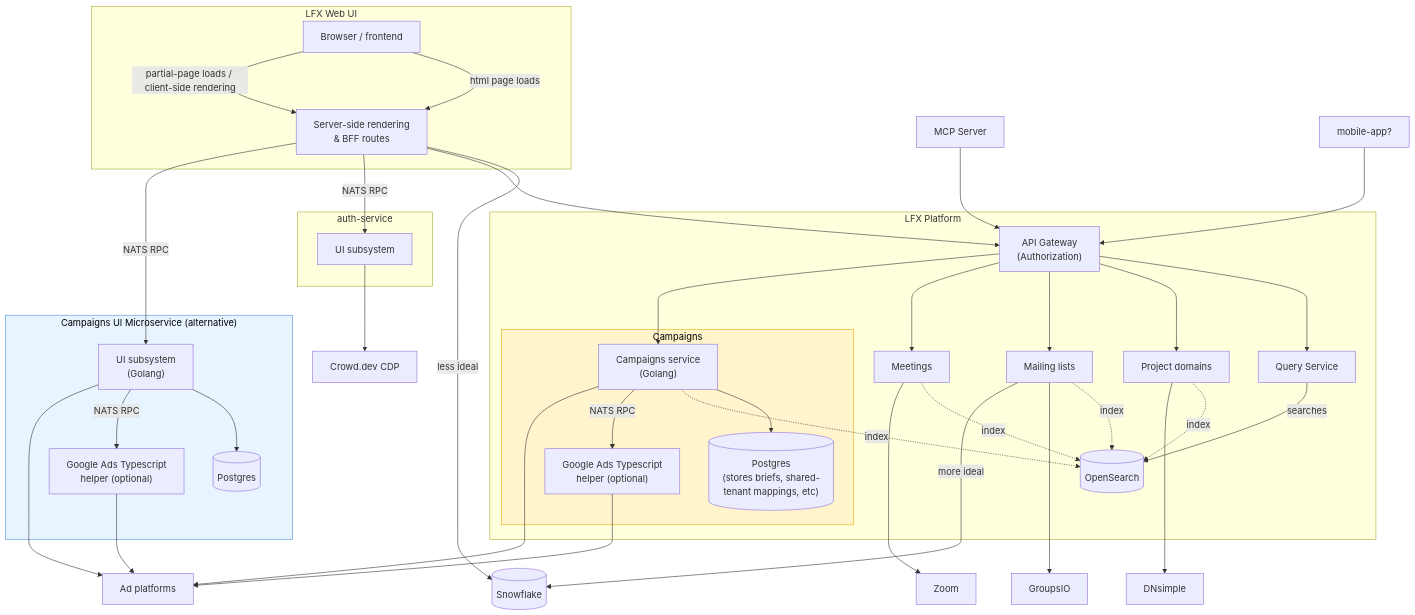
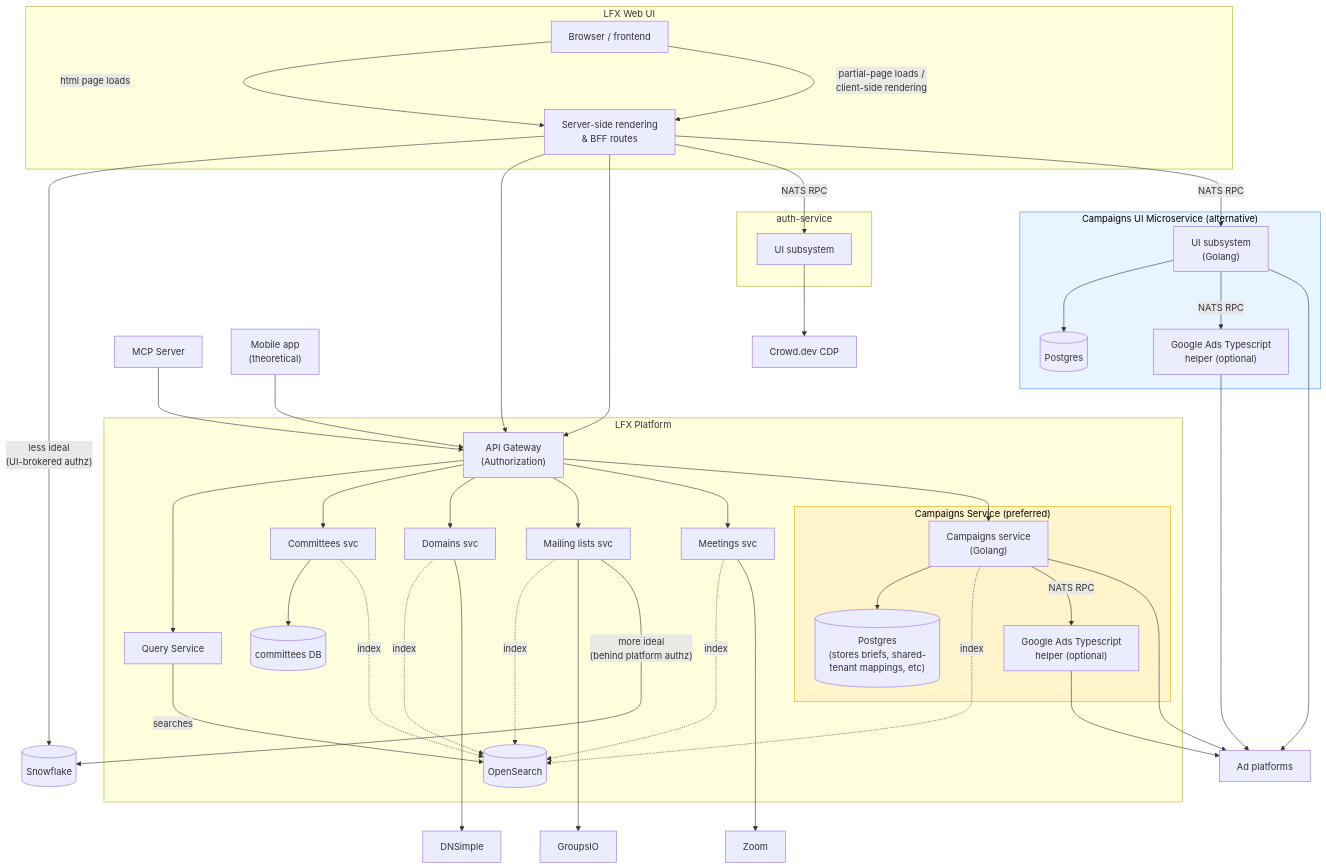
The first of 6 diagrams in docs/build-summary.md (linuxfoundation/lfx-v2-campaign-service), drawn with Mermaid before and after one commit. The commit also changed 1 other file, not shown here.

Commit message:
docs: align diagrams with Eric's gist and fix ER model
Match Mermaid diagrams exactly to Eric's gist (6464a2b):
- Add committees service + DB to platform diagram
- Fix node labels (DNSimple, "Domains svc", etc.)
- Add descriptive labels on Snowflake arrows
- Match arrow styles and lengths

Fix ER diagram FK direction: campaign_jobs dispatches
to campaign_executions (one job → many executions),
not the other way around.

Add microsoft-ads to channel_type enum and credential
table for consistency with channel-connections-schema.

Refs: LFXV2-2023

````diff
--- a/docs/build-summary.md
+++ b/docs/build-summary.md
@@ -18,31 +18,38 @@
         frontend["Browser / frontend"]
         ssr["Server-side rendering\n& BFF routes"]
         frontend -->|html page loads| ssr
-        frontend -->|partial-page loads / client-side rendering| ssr
+        frontend -->|"partial-page loads /<br />client-side rendering"| ssr
     end
 
     mcp[MCP Server]
-    mobile[mobile-app?]
+
+    mobile["Mobile app<br />(theoretical)"]
+
     snowflake[(Snowflake)]
 
-    ssr ----->|less ideal| snowflake
+    ssr -->|"less ideal<br />(UI-brokered authz)"| snowflake
 
     subgraph Platform[LFX Platform]
         api-gw["API Gateway\n(Authorization)"]
         querysvc[Query Service]
         opensearch[(OpenSearch)]
         api-gw --> querysvc -->|searches| opensearch
-        domains[Project domains]
-        lists[Mailing lists]
-        meetings[Meetings]
+        committees[Committees svc]
+        %% the committees DB is currently NATS KV but will move to Postgres
+        committees-db[(committees DB)]
+        committees --> committees-db
+        domains[Domains svc]
+        lists[Mailing lists svc]
+        meetings[Meetings svc]
+        api-gw --> committees
         api-gw --> domains
         api-gw --> lists
         api-gw --> meetings
 
-        subgraph campaigns-group["Campaigns"]
+        subgraph campaigns-group["Campaigns Service (preferred)"]
             campaigns["Campaigns service\n(Golang)"]
             campaigns-db[("Postgres\n(stores briefs, shared-tenant mappings, etc)")]
-            google-ads-helper["Google Ads Typescript<br />helper (optional)"]
+            google-ads-helper["Google Ads Typescript<br >helper (optional)"]
             campaigns --> campaigns-db
         end
 
@@ -50,26 +57,28 @@
 
         api-gw --> campaigns
 
-        domains & lists & meetings & campaigns -.->|index| opensearch
+        committees & domains & lists & meetings & campaigns -..->|index| opensearch
     end
 
+    ssr ----> api-gw
     ssr & mcp & mobile --> api-gw
 
-    domains ---> DNsimple
-    lists ---> GroupsIO
-    meetings ---> Zoom
+    domains ----> DNSimple
+    lists ----> GroupsIO
+    meetings ----> Zoom
 
     campaigns -->|NATS RPC| google-ads-helper
-    campaigns ---> ads[Ad platforms]
+    campaigns --> ads[Ad platforms]
     google-ads-helper --> ads
 
-    lists -->|more ideal| snowflake
+    lists --->|"more ideal<br/>(behind platform authz)"| snowflake
 
     subgraph auth-service
         subsystem[UI subsystem]
     end
 
     subsystem --> cdp[Crowd.dev CDP]
+
     ssr -->|NATS RPC| subsystem
 
     subgraph campaigns-ui-service["Campaigns UI Microservice (alternative)"]
@@ -84,5 +93,5 @@
 
     ssr -->|NATS RPC| campaigns-ui-subsystem
     campaigns-ui-ads-helper --> ads
-    campaigns-ui-subsystem --> ads
+    campaigns-ui-subsystem ------> ads
 ```
````
